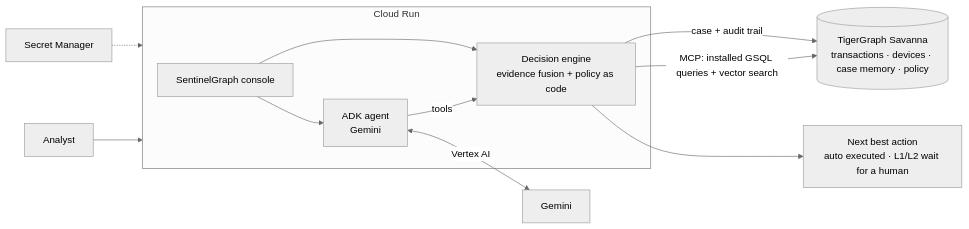
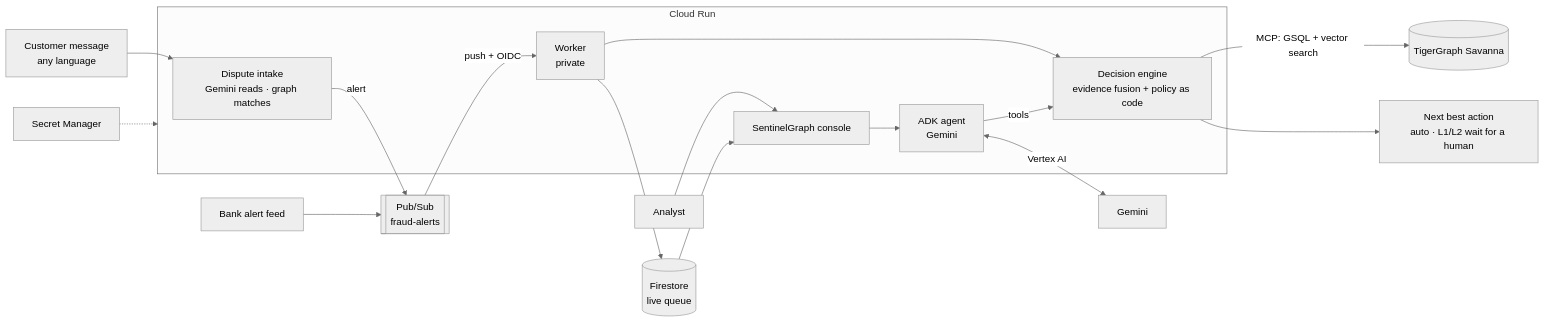
Before and after one commit to nirmaljosephukken/sentinelgraph-ai-builder-cup: the diagram in README.md, drawn with Mermaid (neutral theme). The commit also changed other lines of this file and 10 other files, not shown here.

Commit message:
Customer dispute intake in any language, live alert stream on Pub/Sub with Cloud Run worker and Firestore queue

````diff
--- a/README.md
+++ b/README.md
@@ -47,14 +50,21 @@
 ```mermaid
 flowchart LR
-  A[Analyst] --> CR
+  C[Customer message<br/>any language] --> IN
+  A[Analyst] --> UI
   subgraph CR[Cloud Run]
     UI[SentinelGraph console] --> ADK[ADK agent<br/>Gemini]
+    IN[Dispute intake<br/>Gemini reads · graph matches] 
+    W[Worker<br/>private]
     ADK -->|tools| ENG[Decision engine<br/>evidence fusion + policy as code]
-    UI --> ENG
+    W --> ENG
   end
+  IN -->|alert| PS[[Pub/Sub<br/>fraud-alerts]]
+  BANK[Bank alert feed] --> PS
+  PS -->|push + OIDC| W
+  W --> FS[(Firestore<br/>live queue)]
+  FS --> UI
   ADK <-->|Vertex AI| GEM[Gemini]
   SM[Secret Manager] -.-> CR
-  ENG -->|MCP: installed GSQL queries + vector search| TG[(TigerGraph Savanna<br/>transactions · devices · case memory · policy)]
-  ENG -->|case + audit trail| TG
-  ENG --> NBA[Next best action<br/>auto executed · L1/L2 wait for a human]
+  ENG -->|MCP: GSQL + vector search| TG[(TigerGraph Savanna)]
+  ENG --> NBA[Next best action<br/>auto · L1/L2 wait for a human]
 ```
````
